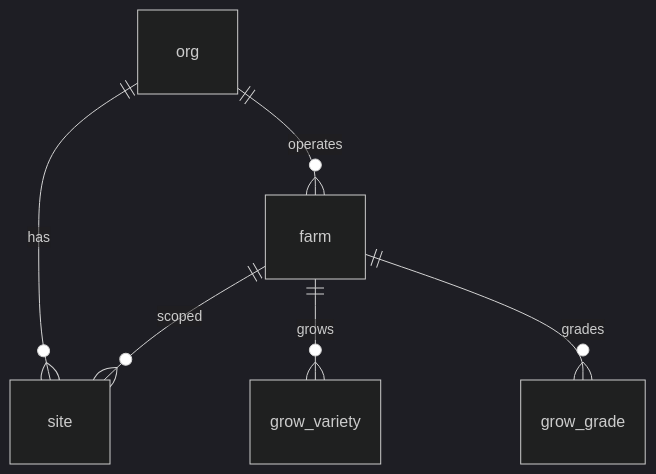
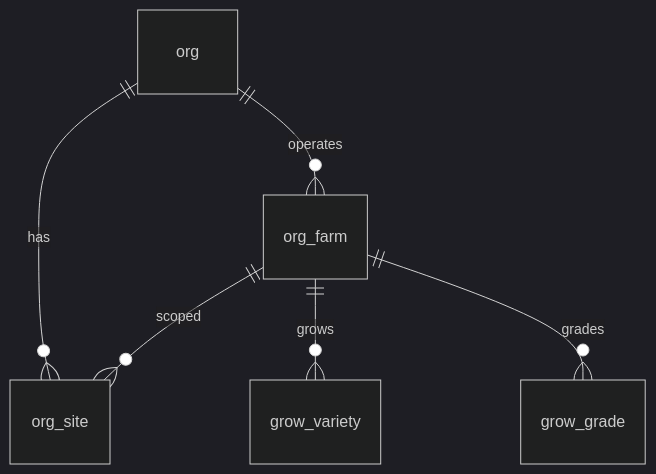
Before and after one commit to Hawaii-Farming/aloha-app: the diagram in docs/schemas/20260319_01_org.md, drawn with Mermaid (dark theme). The commit also changed other lines of this file and 51 other files, not shown here.

First line of the commit message:
Rename org tables (util_uom→org_uom, farm→org_farm, site→org_site), rewrite conventions from LENNY spec

````diff
--- a/docs/schemas/20260319_01_org.md
+++ b/docs/schemas/20260319_01_org.md
@@ -9,8 +9,8 @@
 ```mermaid
 erDiagram
-    org ||--o{ farm : operates
-    org ||--o{ site : has
-    farm ||--o{ site : scoped
-    farm ||--o{ grow_variety : grows
-    farm ||--o{ grow_grade : grades
+    org ||--o{ org_farm : operates
+    org ||--o{ org_site : has
+    org_farm ||--o{ org_site : scoped
+    org_farm ||--o{ grow_variety : grows
+    org_farm ||--o{ grow_grade : grades
 ```
````
